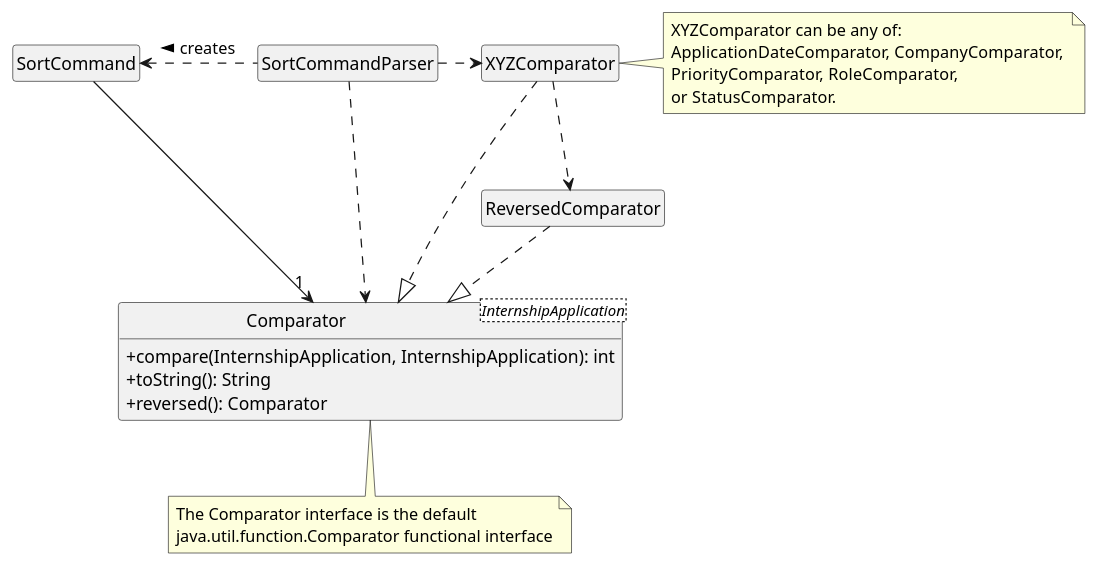
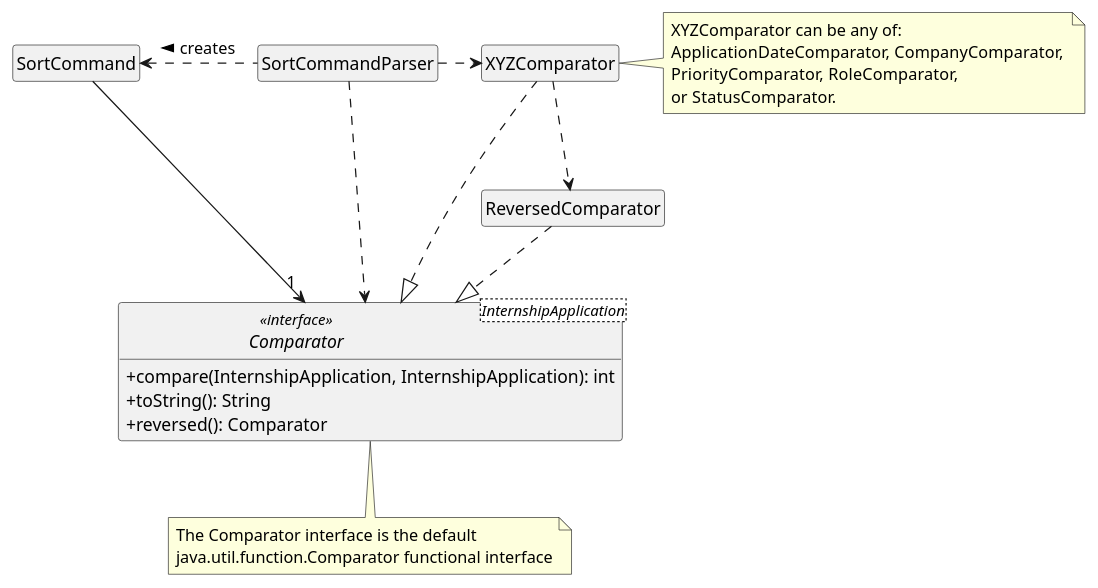
One commit to wxwxwxwx9/main changed the diagram in docs/diagrams/ComparatorClassDiagram.puml. Above: the diagram before and after it, drawn with PlantUML. The commit also changed 1 other file, not shown here.

Commit message:
Change back to interface

```diff
--- a/docs/diagrams/ComparatorClassDiagram.puml
+++ b/docs/diagrams/ComparatorClassDiagram.puml
@@ -1,52 +1,52 @@
 @startuml
 
 hide circle
 hide empty members
 skinparam classAttributeIconSize 0
 
 Class SortCommand {
 }
 
 Class SortCommandParser {
 }
 
-Class Comparator <InternshipApplication> {
+Interface Comparator <InternshipApplication> <<interface>>{
     + compare(InternshipApplication, InternshipApplication): int
     + toString(): String
     + reversed(): Comparator
 }
 
 Class XYZComparator {
 }
 
 Class ReversedComparator {
 }
 
 note as N1
   The Comparator interface is the default
   java.util.function.Comparator functional interface
 end note
 
 note as N2
     XYZComparator can be any of:
     ApplicationDateComparator, CompanyComparator, 
     PriorityComparator, RoleComparator,
     or StatusComparator.
 end note
 
 Comparator .. N1
 XYZComparator .right. N2
 
 SortCommandParser .left.> SortCommand : creates >
 SortCommandParser .right.> XYZComparator
 SortCommandParser ..> Comparator
 
 SortCommand --> "1" Comparator
 
 XYZComparator .down.|> Comparator
 XYZComparator ..> ReversedComparator
 
 ReversedComparator ..|> Comparator
 
 
 @enduml
```
